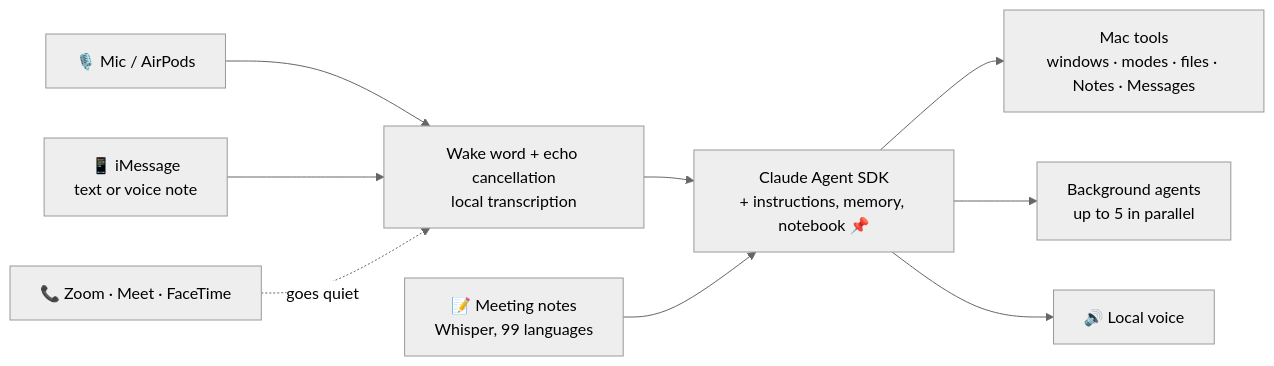
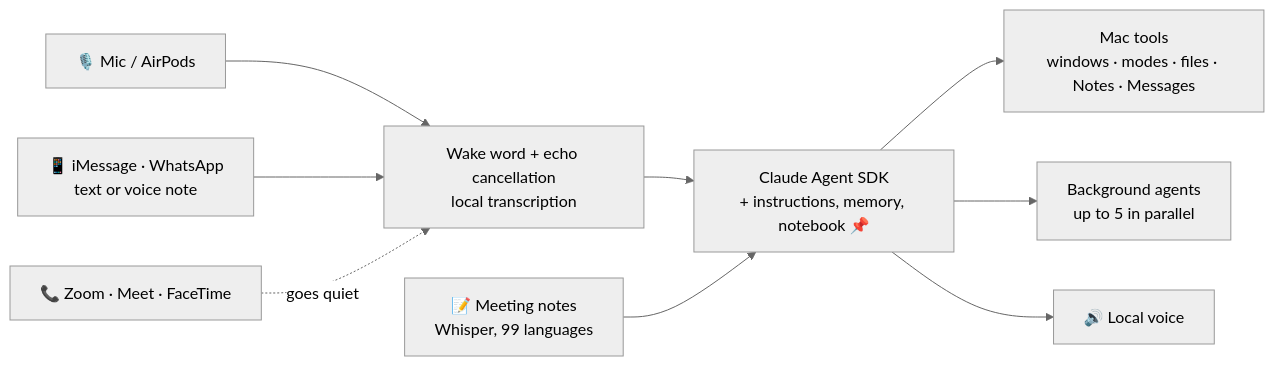
One commit to LdwS123/jarvis changed the diagram in README.en.md. Above: the diagram before and after it, drawn with Mermaid (neutral theme). The commit also changed other lines of this file and 8 other files, not shown here.

````diff
--- a/README.en.md
+++ b/README.en.md
@@ -46,11 +46,11 @@
 ```mermaid
 flowchart LR
     Mic[🎙️ Mic / AirPods] --> Ears[Wake word + echo cancellation<br/>local transcription]
-    iPhone[📱 iMessage<br/>text or voice note] --> Ears
+    iPhone[📱 iMessage · WhatsApp<br/>text or voice note] --> Ears
     Call[📞 Zoom · Meet · FaceTime] -. goes quiet .-> Ears
     Ears --> Brain[Claude Agent SDK<br/>+ instructions, memory, notebook 📌]
     Brain --> Tools[Mac tools<br/>windows · modes · files · Notes · Messages]
     Brain --> Background[Background agents<br/>up to 5 in parallel]
     Brain --> Voice[🔊 Local voice]
     Meeting[📝 Meeting notes<br/>Whisper, 99 languages] --> Brain
 ```
````
